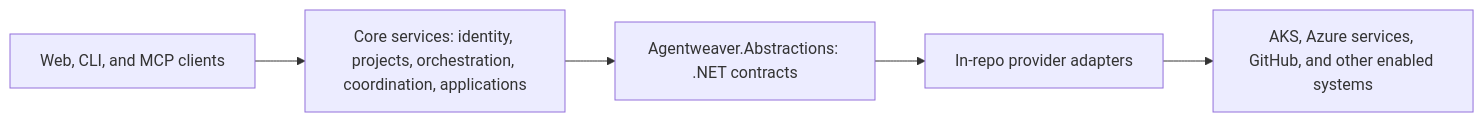
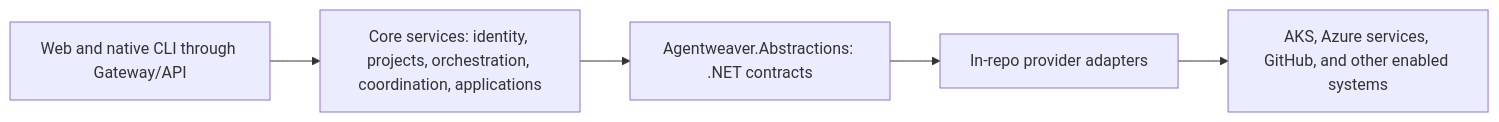
The first of 3 diagrams in docs/architecture/decisions/0001-platform-architecture.md (sabbour/agentweaver), drawn with Mermaid before and after one commit. The commit also changed other lines of this file and 22 other files, not shown here.

````diff
--- a/docs/architecture/decisions/0001-platform-architecture.md
+++ b/docs/architecture/decisions/0001-platform-architecture.md
@@ -87,7 +111,7 @@
 ```mermaid
 flowchart LR
-    Clients["Web, CLI, and MCP clients"] --> Core["Core services: identity, projects, orchestration, coordination, applications"]
+    Clients["Web and native CLI through Gateway/API"] --> Core["Core services: identity, projects, orchestration, coordination, applications"]
     Core --> Contracts["Agentweaver.Abstractions: .NET contracts"]
     Contracts --> Adapters["In-repo provider adapters"]
     Adapters --> Systems["AKS, Azure services, GitHub, and other enabled systems"]
 ```
````
